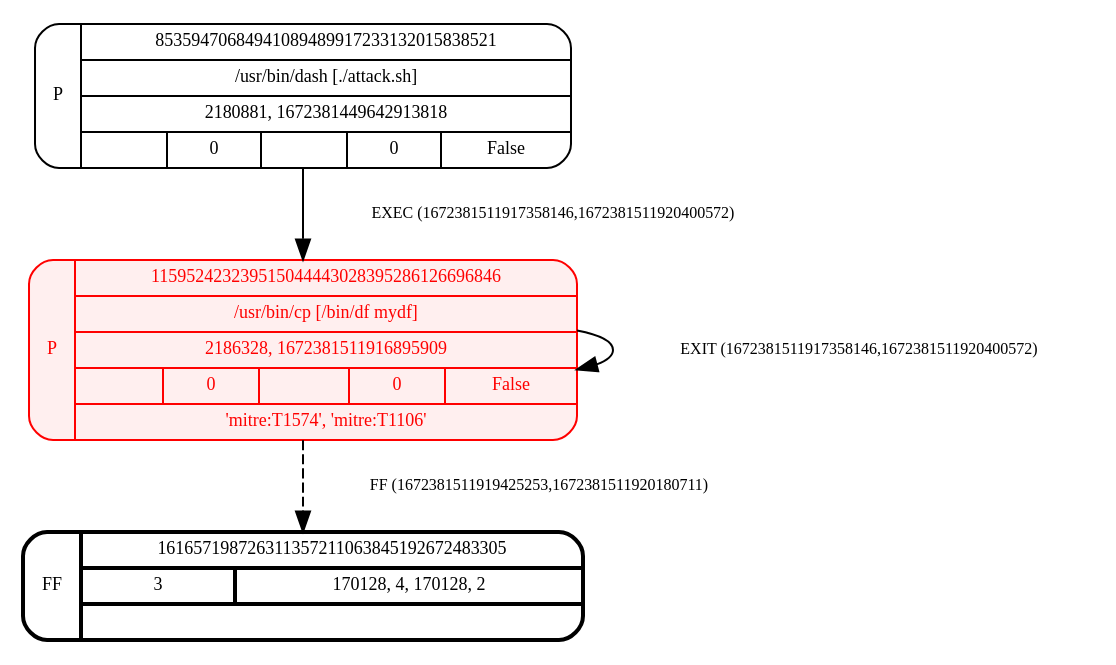
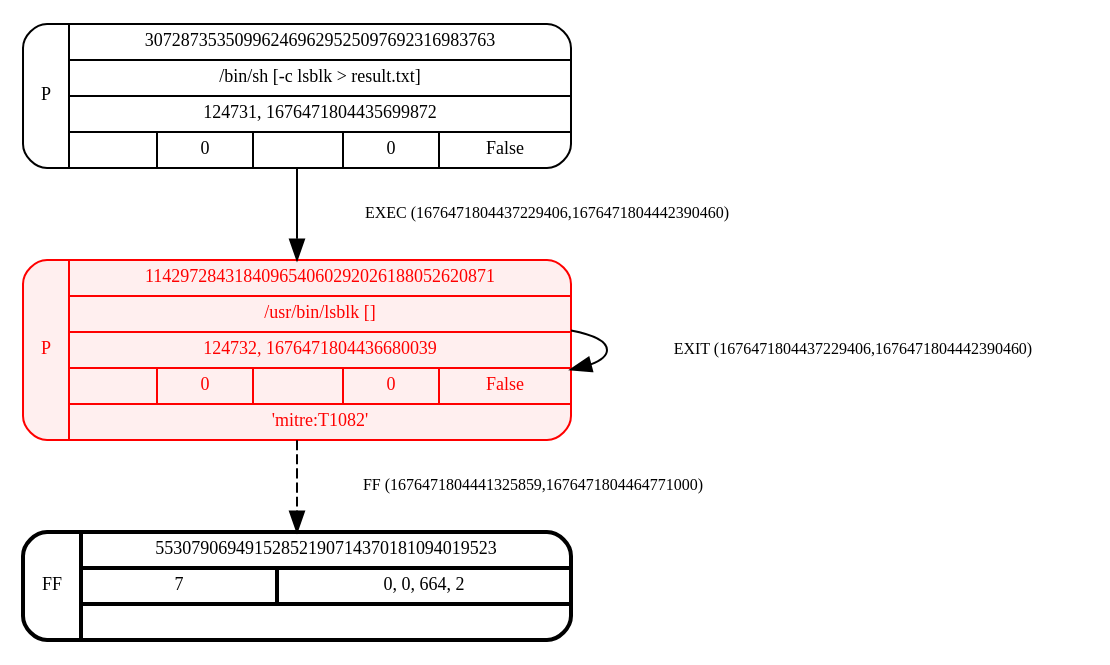
Before and after one commit to yao-fengchen/analysis: the diagram in result/graphlet.gv, drawn with Graphviz. The commit also changed 5 other files, not shown here.

```diff
--- a/result/graphlet.gv
+++ b/result/graphlet.gv
@@ -1,11 +1,12 @@
 digraph graphlet {
 	graph [overlap=scale rankdir=TD splines=true]
 	node [fontsize=9 shape=Mrecord]
 	edge [fontsize=8]
-	115952423239515044443028395286126696846 [label="P|{115952423239515044443028395286126696846|{/usr/bin/cp [/bin/df mydf]}|{2186328, 1672381511916895909}|{<NA>|0|<NA>|0|False}|{{'mitre:T1574', 'mitre:T1106'}}}" color=red fillcolor="#ff000010" fontcolor=red style=filled]
-	85359470684941089489917233132015838521 [label="P|{85359470684941089489917233132015838521|{/usr/bin/dash [./attack.sh]}|{2180881, 1672381449642913818}|{<NA>|0|<NA>|0|False}}"]
-	161657198726311357211063845192672483305 [label="FF|{161657198726311357211063845192672483305|{3|170128, 4, 170128, 2}|{}}" style=bold]
-	115952423239515044443028395286126696846 -> 161657198726311357211063845192672483305 [label="    FF (1672381511919425253,1672381511920180711)" style=dashed]
-	115952423239515044443028395286126696846 -> 115952423239515044443028395286126696846 [label="    EXIT (1672381511917358146,1672381511920400572)"]
-	85359470684941089489917233132015838521 -> 115952423239515044443028395286126696846 [label="    EXEC (1672381511917358146,1672381511920400572)"]
+	114297284318409654060292026188052620871 [label="P|{114297284318409654060292026188052620871|{/usr/bin/lsblk []}|{124732, 1676471804436680039}|{<NA>|0|<NA>|0|False}|{{'mitre:T1082'}}}" color=red fillcolor="#ff000010" fontcolor=red style=filled]
+	307287353509962469629525097692316983763 [label="P|{307287353509962469629525097692316983763|{/bin/sh [-c 
+lsblk \> result.txt]}|{124731, 1676471804435699872}|{<NA>|0|<NA>|0|False}}"]
+	55307906949152852190714370181094019523 [label="FF|{55307906949152852190714370181094019523|{7|0, 0, 664, 2}|{}}" style=bold]
+	307287353509962469629525097692316983763 -> 114297284318409654060292026188052620871 [label="    EXEC (1676471804437229406,1676471804442390460)"]
+	114297284318409654060292026188052620871 -> 55307906949152852190714370181094019523 [label="    FF (1676471804441325859,1676471804464771000)" style=dashed]
+	114297284318409654060292026188052620871 -> 114297284318409654060292026188052620871 [label="    EXIT (1676471804437229406,1676471804442390460)"]
 }
```
